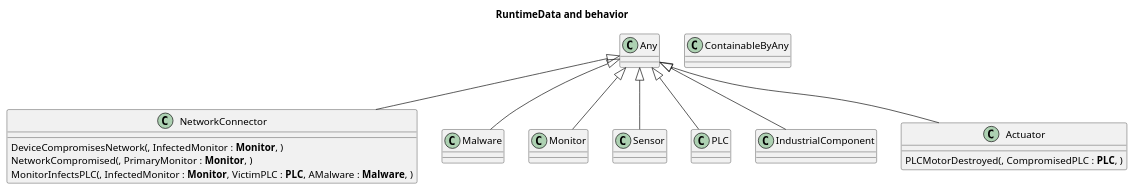
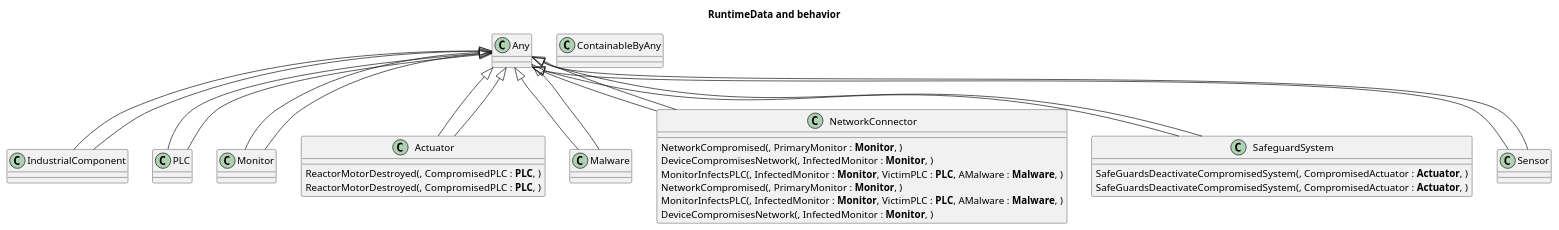
One commit to lewisccox/lc2071HonoursProject changed the diagram in doc-gen/plantuml/BehaviourDefinitions.rtd.class.plantuml. Above: the diagram before and after it, drawn with PlantUML. The commit also changed 17 other files, not shown here.

```diff
--- a/doc-gen/plantuml/BehaviourDefinitions.rtd.class.plantuml
+++ b/doc-gen/plantuml/BehaviourDefinitions.rtd.class.plantuml
@@ -1,34 +1,67 @@
 @startuml
 title RuntimeData and behavior
+class IndustrialComponent  {
+}
+class IndustrialComponent  {
+}
+class PLC  {
+}
+class Monitor  {
+}
+class Actuator  {
+	ReactorMotorDestroyed(, CompromisedPLC : **PLC**, )
+}
+class Malware  {
+}
 class NetworkConnector  {
+	NetworkCompromised(, PrimaryMonitor : **Monitor**, )
 	DeviceCompromisesNetwork(, InfectedMonitor : **Monitor**, )
+	MonitorInfectsPLC(, InfectedMonitor : **Monitor**, VictimPLC : **PLC**, AMalware : **Malware**, )
+}
+class NetworkConnector  {
 	NetworkCompromised(, PrimaryMonitor : **Monitor**, )
 	MonitorInfectsPLC(, InfectedMonitor : **Monitor**, VictimPLC : **PLC**, AMalware : **Malware**, )
+	DeviceCompromisesNetwork(, InfectedMonitor : **Monitor**, )
+}
+class ContainableByAny  {
+}
+class SafeguardSystem  {
+	SafeGuardsDeactivateCompromisedSystem(, CompromisedActuator : **Actuator**, )
+}
+class Actuator  {
+	ReactorMotorDestroyed(, CompromisedPLC : **PLC**, )
+}
+class Sensor  {
+}
+class Malware  {
+}
+class Sensor  {
+}
+class SafeguardSystem  {
+	SafeGuardsDeactivateCompromisedSystem(, CompromisedActuator : **Actuator**, )
+}
+class Monitor  {
 }
 class Any  {
 }
-class Malware  {
-}
-class Monitor  {
-}
-class ContainableByAny  {
-}
-class Sensor  {
-}
 class PLC  {
-}
-class IndustrialComponent  {
-}
-class Actuator  {
-	PLCMotorDestroyed(, CompromisedPLC : **PLC**, )
 }
 
 
+IndustrialComponent -up-|>  Any
+IndustrialComponent -up-|>  Any
+PLC -up-|>  Any
+Monitor -up-|>  Any
+Actuator -up-|>  Any
+Malware -up-|>  Any
 NetworkConnector -up-|>  Any
+NetworkConnector -up-|>  Any
+SafeguardSystem -up-|>  Any
+Actuator -up-|>  Any
+Sensor -up-|>  Any
 Malware -up-|>  Any
+Sensor -up-|>  Any
+SafeguardSystem -up-|>  Any
 Monitor -up-|>  Any
-Sensor -up-|>  Any
 PLC -up-|>  Any
-IndustrialComponent -up-|>  Any
-Actuator -up-|>  Any
 @enduml
```
